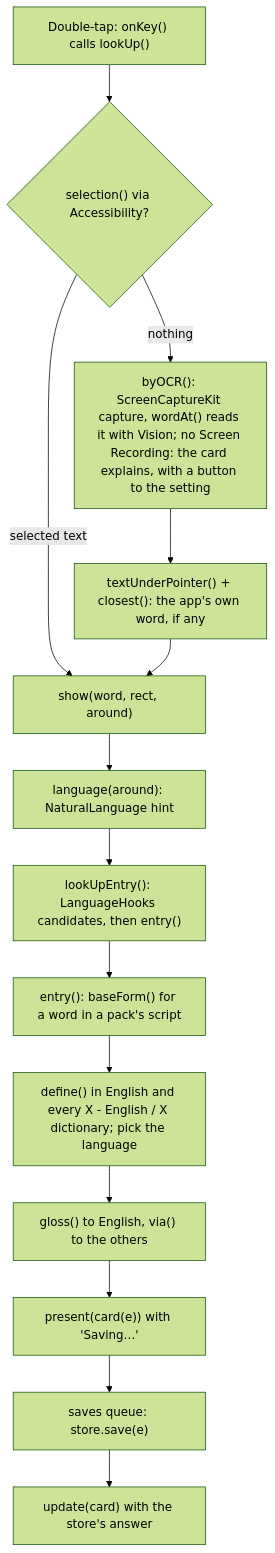
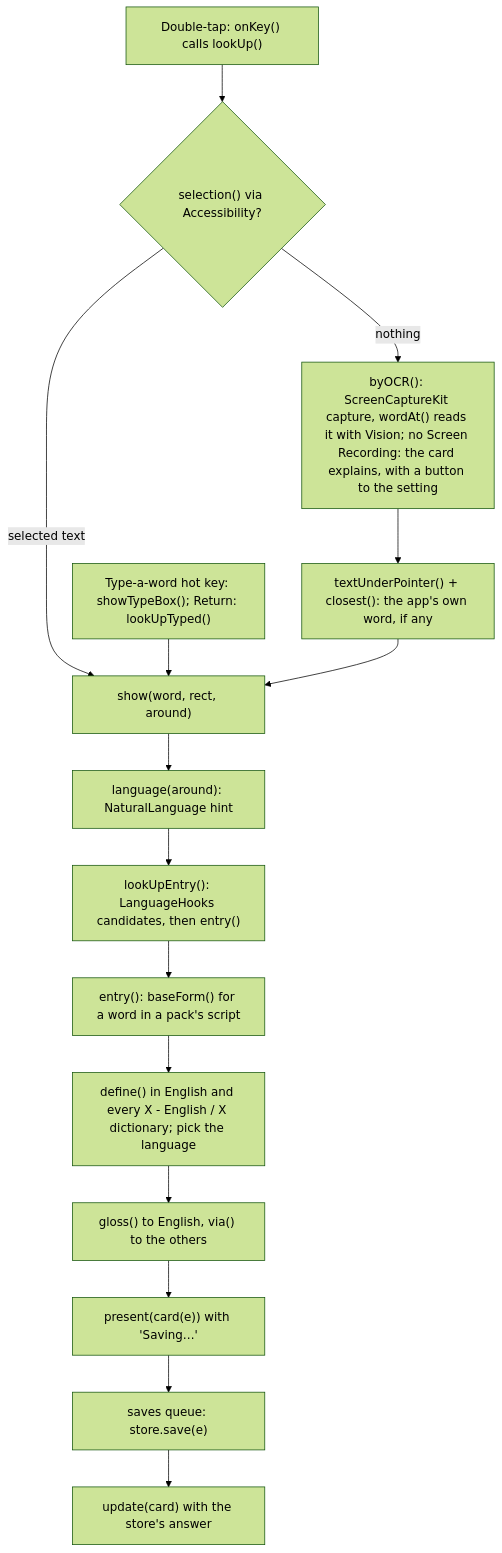
The second of 5 diagrams in docs/DESIGN.md (gregth/lookup-word), drawn with Mermaid (forest theme) before and after one commit. The commit also changed other lines of this file and 32 other files, not shown here.

````diff
--- a/docs/DESIGN.md
+++ b/docs/DESIGN.md
@@ -58,17 +66,18 @@
 ```mermaid
 flowchart TD
   T["Double-tap: onKey() calls lookUp()"] --> S{"selection() via Accessibility?"}
   S -- "selected text" --> SH["show(word, rect, around)"]
   S -- nothing --> O
+  TB["Type-a-word hot key: showTypeBox(); Return: lookUpTyped()"] --> SH
   O["byOCR(): ScreenCaptureKit capture, wordAt() reads it with Vision; no Screen Recording: the card explains, with a button to the setting"]
   O --> X["textUnderPointer() + closest(): the app's own word, if any"]
   X --> SH
   SH --> LG["language(around): NaturalLanguage hint"]
   LG --> LE["lookUpEntry(): LanguageHooks candidates, then entry()"]
   LE --> BF["entry(): baseForm() for a word in a pack's script"]
   BF --> DF["define() in English and every X - English / X dictionary; pick the language"]
   DF --> TR["gloss() to English, via() to the others"]
   TR --> C["present(card(e)) with 'Saving…'"]
   C --> SV["saves queue: store.save(e)"]
   SV --> U["update(card) with the store's answer"]
 ```
````
